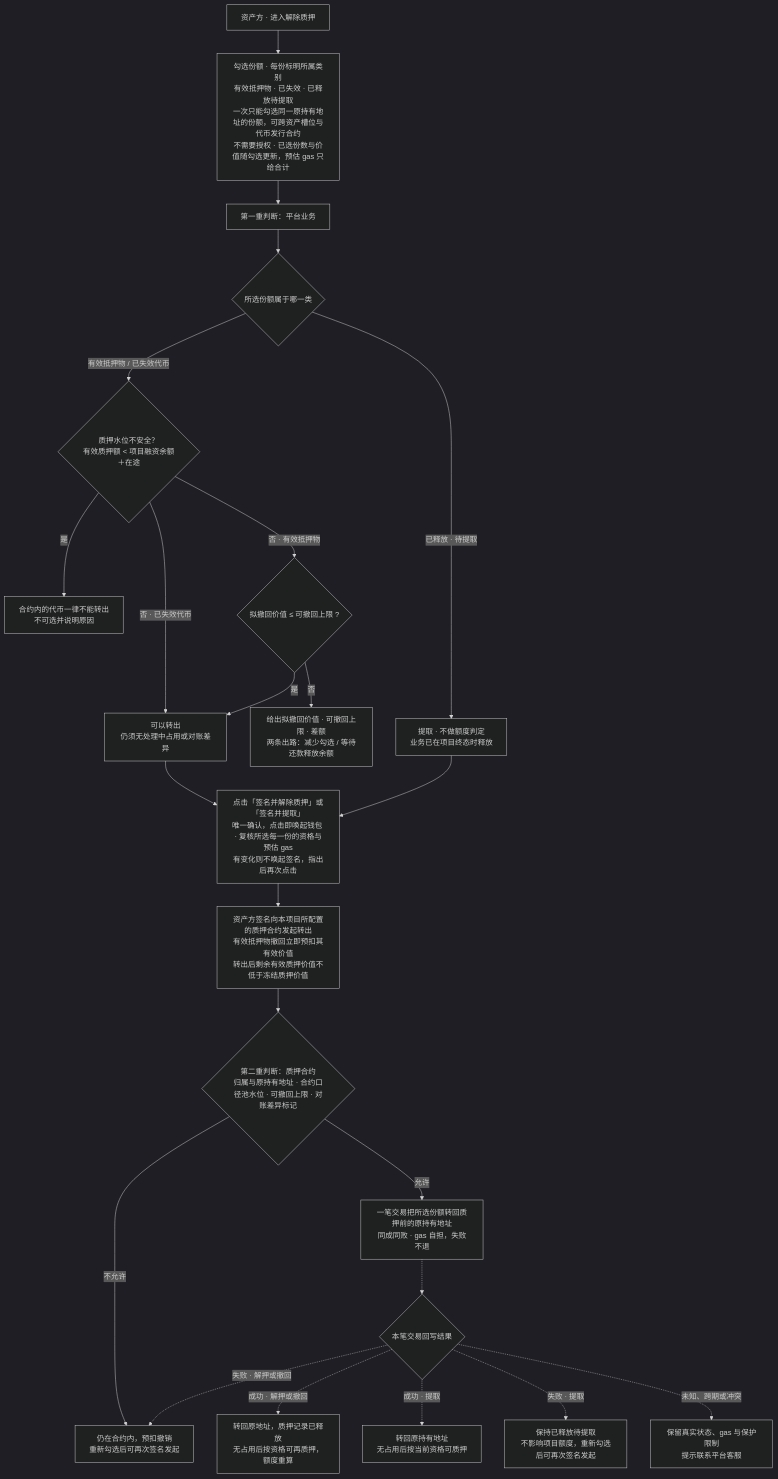
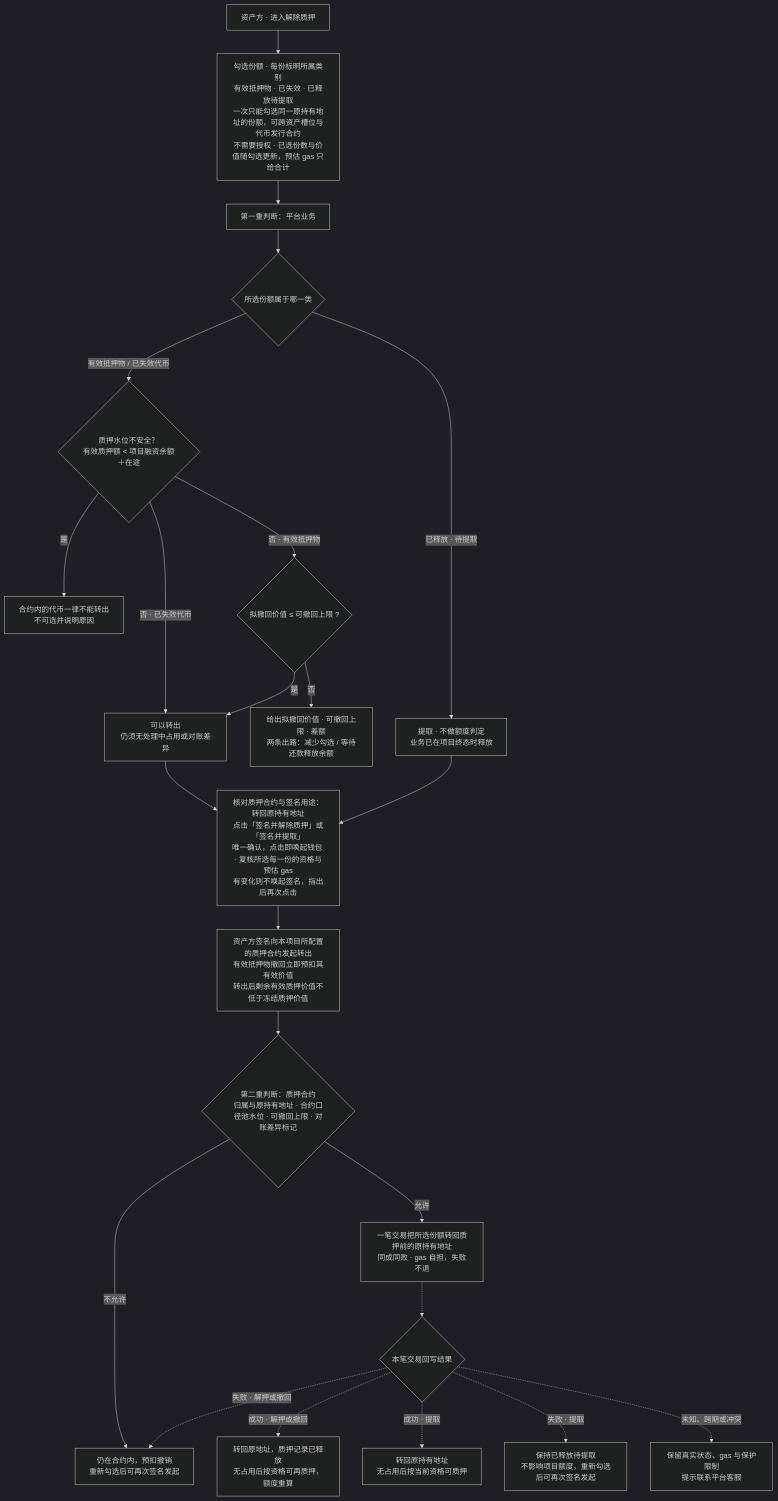
One commit to wxblockchain/Chain-Financing changed the third of 10 diagrams in lending-platform/PRD/面客端/05-借贷广场-融资需求与代币质押/02-融资需求与代币质押-流程图与状态机.md. Above: the diagram before and after it, drawn with Mermaid (dark theme). The commit also changed other lines of this file and 2 other files, not shown here.

````diff
--- a/lending-platform/PRD/面客端/05-借贷广场-融资需求与代币质押/02-融资需求与代币质押-流程图与状态机.md
+++ b/lending-platform/PRD/面客端/05-借贷广场-融资需求与代币质押/02-融资需求与代币质押-流程图与状态机.md
@@ -103,26 +103,26 @@
 ```mermaid
 flowchart TD
   A["资产方 · 进入解除质押"] --> B["勾选份额 · 每份标明所属类别<br/>有效抵押物 · 已失效 · 已释放待提取<br/>一次只能勾选同一原持有地址的份额，可跨资产槽位与代币发行合约<br/>不需要授权 · 已选份数与价值随勾选更新，预估 gas 只给合计"]
   C{"所选份额属于哪一类"}
   B --> P0["第一重判断：平台业务"]
   P0 --> C
   C -- "有效抵押物 / 已失效代币" --> W{"质押水位不安全？<br/>有效质押额 < 项目融资余额＋在途"}
   W -- "是" --> X["合约内的代币一律不能转出<br/>不可选并说明原因"]
   W -- "否 · 已失效代币" --> D["可以转出<br/>仍须无处理中占用或对账差异"]
   W -- "否 · 有效抵押物" --> E{"拟撤回价值 ≤ 可撤回上限 ?"}
   E -- "否" --> F["给出拟撤回价值 · 可撤回上限 · 差额<br/>两条出路：减少勾选 / 等待还款释放余额"]
   E -- "是" --> D
   C -- "已释放 · 待提取" --> G["提取 · 不做额度判定<br/>业务已在项目终态时释放"]
-  D --> CONF["点击「签名并解除质押」或「签名并提取」<br/>唯一确认，点击即唤起钱包 · 复核所选每一份的资格与预估 gas<br/>有变化则不唤起签名，指出后再次点击"]
+  D --> CONF["核对质押合约与签名用途：转回原持有地址<br/>点击「签名并解除质押」或「签名并提取」<br/>唯一确认，点击即唤起钱包 · 复核所选每一份的资格与预估 gas<br/>有变化则不唤起签名，指出后再次点击"]
   G --> CONF
   CONF --> H["资产方签名向本项目所配置的质押合约发起转出<br/>有效抵押物撤回立即预扣其有效价值<br/>转出后剩余有效质押价值不低于冻结质押价值"]
   H --> CC{"第二重判断：质押合约<br/>归属与原持有地址 · 合约口径池水位 · 可撤回上限 · 对账差异标记"}
   CC -- "不允许" --> M
   CC -- "允许" --> I["一笔交易把所选份额转回质押前的原持有地址<br/>同成同败 · gas 自担，失败不退"]
   I -.-> J{"本笔交易回写结果"}
   J -. "成功 · 解押或撤回" .-> K["转回原地址，质押记录已释放<br/>无占用后按资格可再质押，额度重算"]
   J -. "成功 · 提取" .-> L["转回原持有地址<br/>无占用后按当前资格可质押"]
   J -. "失败 · 解押或撤回" .-> M["仍在合约内，预扣撤销<br/>重新勾选后可再次签名发起"]
   J -. "失败 · 提取" .-> N["保持已释放待提取<br/>不影响项目额度，重新勾选后可再次签名发起"]
   J -. "未知、跨期或冲突" .-> O["保留真实状态、gas 与保护限制<br/>提示联系平台客服"]
 ```
````
